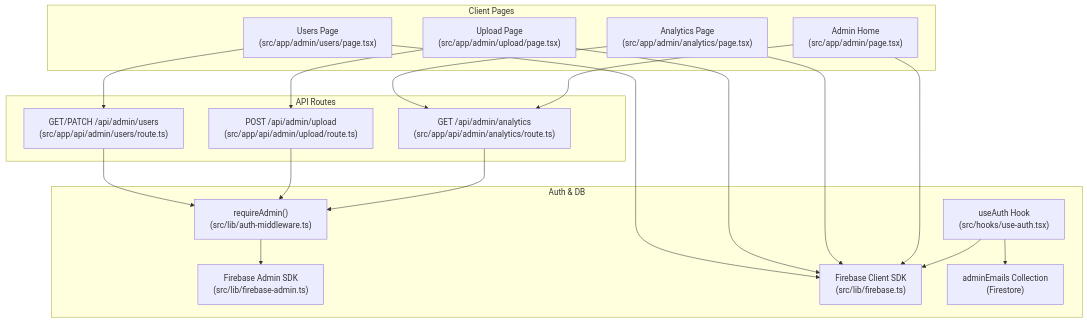
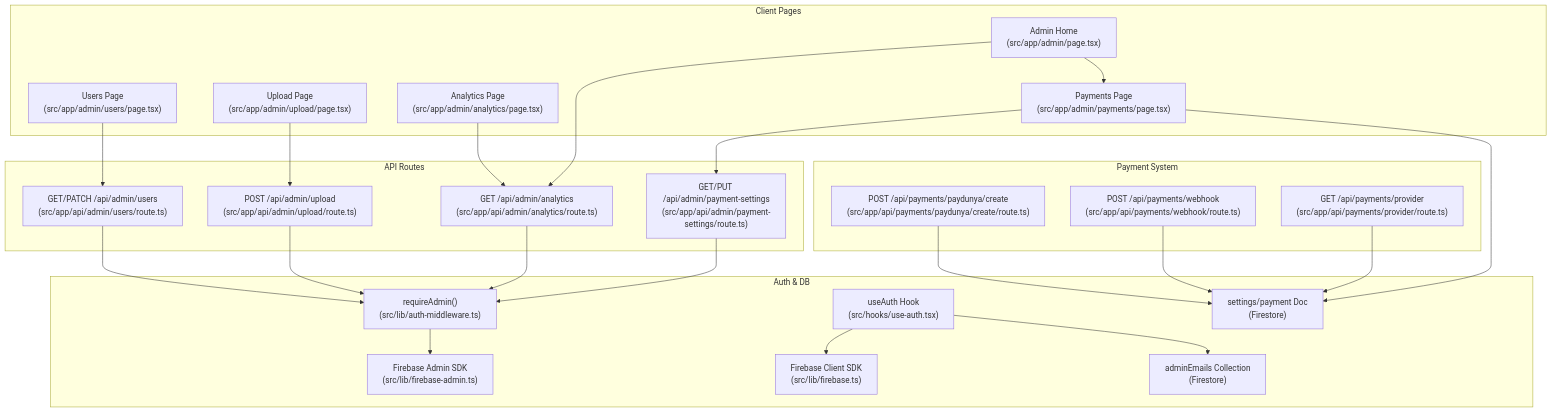
The first of 10 diagrams in .qoder/repowiki/en/content/Admin Panel/Admin Panel.md (alikizang/datafrica), drawn with Mermaid before and after one commit. The commit also changed other lines of this file and 21 other files, not shown here.

````diff
--- a/.qoder/repowiki/en/content/Admin Panel/Admin Panel.md
+++ b/.qoder/repowiki/en/content/Admin Panel/Admin Panel.md
@@ -52,35 +59,46 @@
 ```mermaid
 graph TB
 subgraph "Client Pages"
 AdminHome["Admin Home<br/>(src/app/admin/page.tsx)"]
 AnalyticsPage["Analytics Page<br/>(src/app/admin/analytics/page.tsx)"]
 UploadPage["Upload Page<br/>(src/app/admin/upload/page.tsx)"]
 UsersPage["Users Page<br/>(src/app/admin/users/page.tsx)"]
+PaymentsPage["Payments Page<br/>(src/app/admin/payments/page.tsx)"]
 end
 subgraph "API Routes"
 APIAnalytics["GET /api/admin/analytics<br/>(src/app/api/admin/analytics/route.ts)"]
+APIPayments["GET/PUT /api/admin/payment-settings<br/>(src/app/api/admin/payment-settings/route.ts)"]
 APIUpload["POST /api/admin/upload<br/>(src/app/api/admin/upload/route.ts)"]
 APIUsers["GET/PATCH /api/admin/users<br/>(src/app/api/admin/users/route.ts)"]
+end
+subgraph "Payment System"
+PayProvider["GET /api/payments/provider<br/>(src/app/api/payments/provider/route.ts)"]
+PayWebhook["POST /api/payments/webhook<br/>(src/app/api/payments/webhook/route.ts)"]
+PayCreate["POST /api/payments/paydunya/create<br/>(src/app/api/payments/paydunya/create/route.ts)"]
 end
 subgraph "Auth & DB"
 AuthMW["requireAdmin()<br/>(src/lib/auth-middleware.ts)"]
 FBAdmin["Firebase Admin SDK<br/>(src/lib/firebase-admin.ts)"]
 FBClient["Firebase Client SDK<br/>(src/lib/firebase.ts)"]
 AuthHook["useAuth Hook<br/>(src/hooks/use-auth.tsx)"]
 AdminEmails["adminEmails Collection<br/>(Firestore)"]
+SettingsDoc["settings/payment Doc<br/>(Firestore)"]
 end
+AdminHome --> PaymentsPage
 AdminHome --> APIAnalytics
 AnalyticsPage --> APIAnalytics
 UploadPage --> APIUpload
 UsersPage --> APIUsers
+PaymentsPage --> APIPayments
+APIPayments --> AuthMW
 APIAnalytics --> AuthMW
 APIUpload --> AuthMW
 APIUsers --> AuthMW
 AuthMW --> FBAdmin
 AuthHook --> FBClient
 AuthHook --> AdminEmails
-AdminHome --> FBClient
-AnalyticsPage --> FBClient
-UploadPage --> FBClient
-UsersPage --> FBClient
+PaymentsPage --> SettingsDoc
+PayProvider --> SettingsDoc
+PayWebhook --> SettingsDoc
+PayCreate --> SettingsDoc
 ```
````
